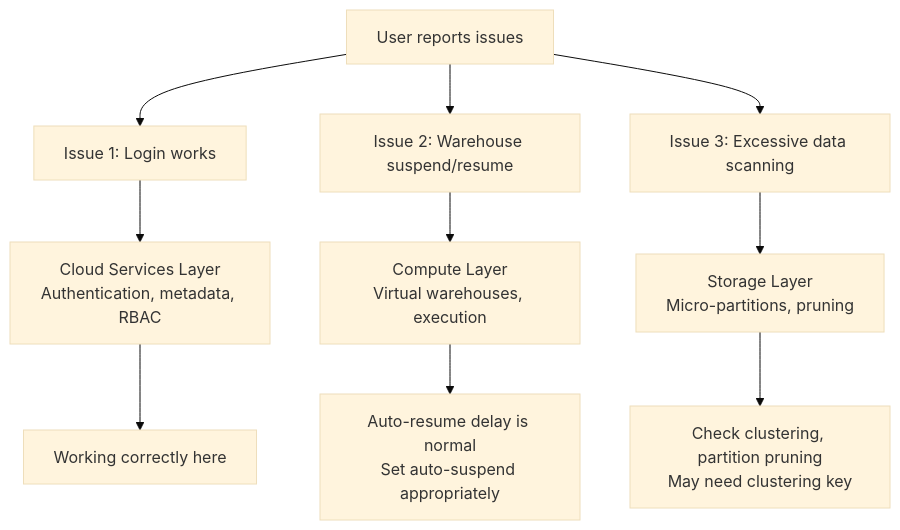
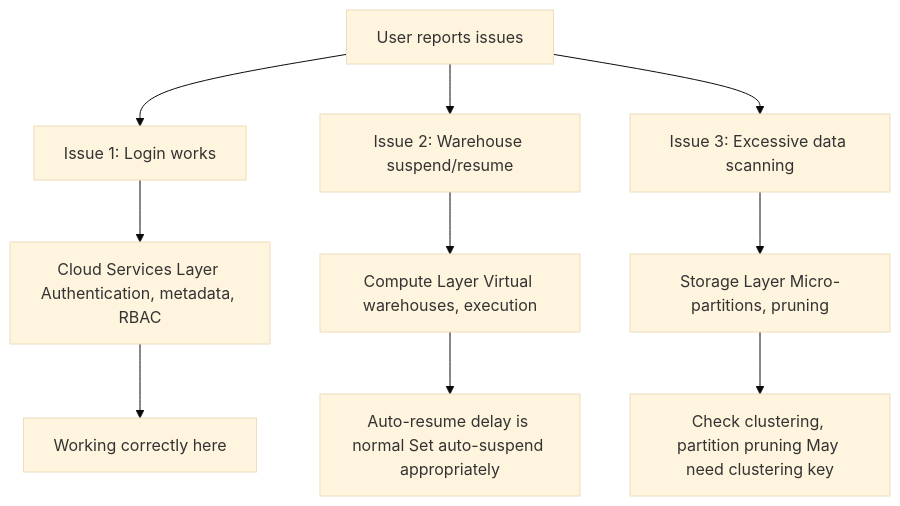
One commit to harishupadrasta/snowPro-Core changed the tenth of 12 diagrams in 1_Snowflake_AI_Data_Cloud_Features_and_Architecture/Scenarios_Domain1.md. Above: the diagram before and after it, drawn with Mermaid (base theme). The commit also changed other lines of this file and 16 other files, not shown here.

First line of the commit message:
Fix mermaid diagrams: replace <br/> with spaces for GitHub rendering

````diff
--- a/1_Snowflake_AI_Data_Cloud_Features_and_Architecture/Scenarios_Domain1.md
+++ b/1_Snowflake_AI_Data_Cloud_Features_and_Architecture/Scenarios_Domain1.md
@@ -307,14 +307,14 @@
 ```mermaid
 graph TD
     A[User reports issues] --> B[Issue 1: Login works]
     A --> C[Issue 2: Warehouse suspend/resume]
     A --> D[Issue 3: Excessive data scanning]
     
-    B --> E[Cloud Services Layer<br/>Authentication, metadata, RBAC]
-    C --> F[Compute Layer<br/>Virtual warehouses, execution]
-    D --> G[Storage Layer<br/>Micro-partitions, pruning]
+    B --> E[Cloud Services Layer Authentication, metadata, RBAC]
+    C --> F[Compute Layer Virtual warehouses, execution]
+    D --> G[Storage Layer Micro-partitions, pruning]
     
     E --> H[Working correctly here]
-    F --> I[Auto-resume delay is normal<br/>Set auto-suspend appropriately]
-    G --> J[Check clustering, partition pruning<br/>May need clustering key]
+    F --> I[Auto-resume delay is normal Set auto-suspend appropriately]
+    G --> J[Check clustering, partition pruning May need clustering key]
 ```
````
